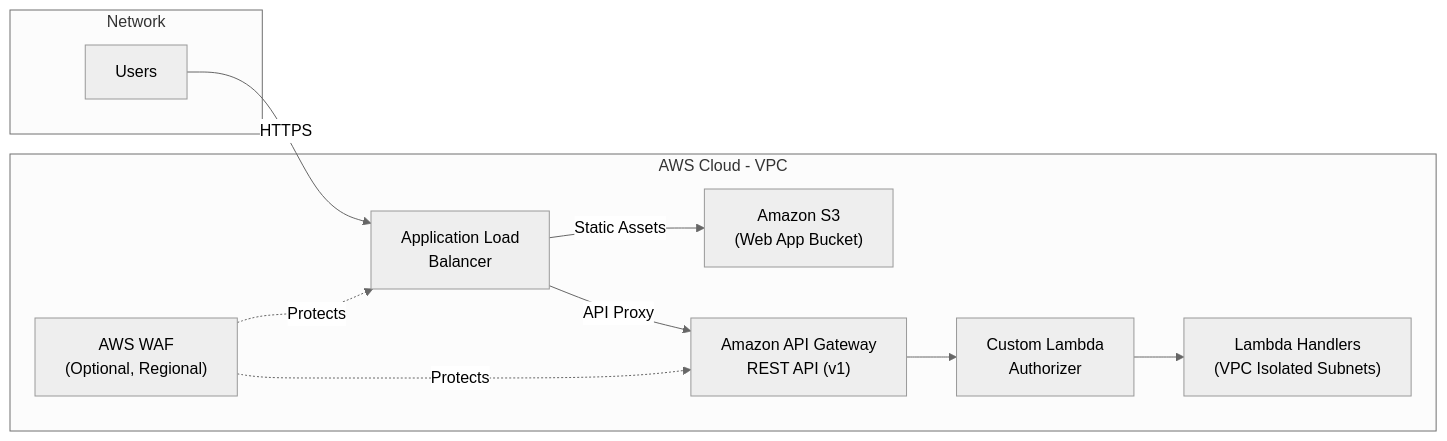
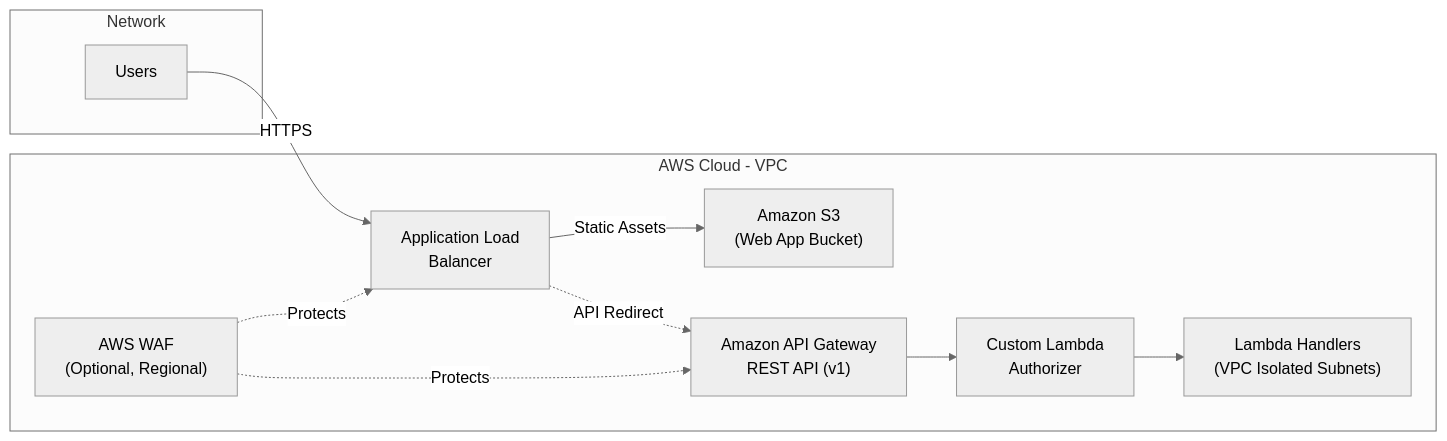
One commit to awslabs/visual-asset-management-system changed the second of 3 diagrams in documentation/docusaurus-site/docs/architecture/networking.md. Above: the diagram before and after it, drawn with Mermaid (neutral theme). The commit also changed other lines of this file and 579 other files, not shown here.

````diff
--- a/documentation/docusaurus-site/docs/architecture/networking.md
+++ b/documentation/docusaurus-site/docs/architecture/networking.md
@@ -50,23 +50,23 @@
 ```mermaid
 graph LR
     subgraph Network
         USER["Users"]
     end
 
     subgraph AWS Cloud - VPC
         ALB["Application Load<br/>Balancer"]
         WAF["AWS WAF<br/>(Optional, Regional)"]
         S3W["Amazon S3<br/>(Web App Bucket)"]
         APIGW["Amazon API Gateway<br/>REST API (v1)"]
         AUTH["Custom Lambda<br/>Authorizer"]
         HANDLERS["Lambda Handlers<br/>(VPC Isolated Subnets)"]
     end
 
     USER -->|HTTPS| ALB
     WAF -.->|Protects| ALB
     WAF -.->|Protects| APIGW
     ALB -->|Static Assets| S3W
-    ALB -->|API Proxy| APIGW
+    ALB -.->|API Redirect| APIGW
     APIGW --> AUTH
     AUTH --> HANDLERS
 ```
````
